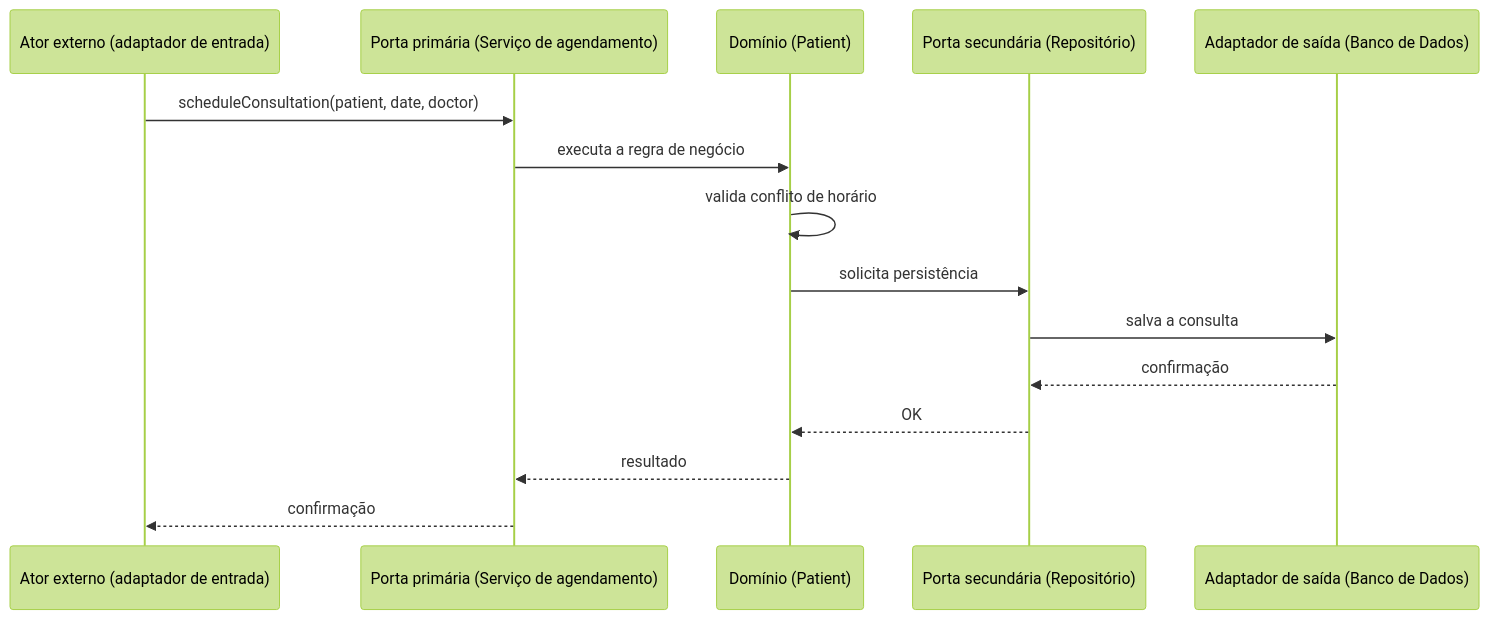
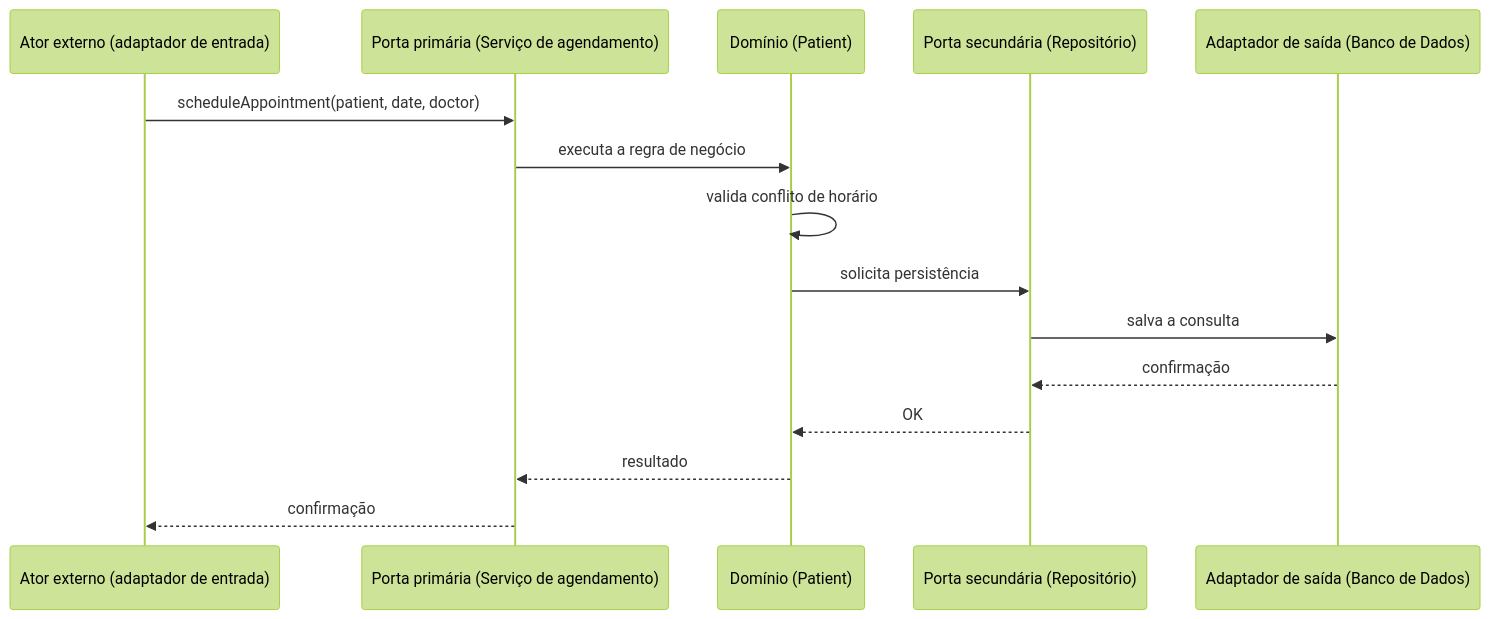
Before and after one commit to burn-c/arquitetura-de-software-fase-2: the second of 3 diagrams in docs/Estratégia e Inovação/Arquitetura de Software/3 - Arquitetura do Domínio/2 - Isolando o Domínio com Arquitetura Hexagonal.md, drawn with Mermaid (forest theme). The commit also changed other lines of this file and 8 other files, not shown here.

````diff
--- a/docs/Estratégia e Inovação/Arquitetura de Software/3 - Arquitetura do Domínio/2 - Isolando o Domínio com Arquitetura Hexagonal.md
+++ b/docs/Estratégia e Inovação/Arquitetura de Software/3 - Arquitetura do Domínio/2 - Isolando o Domínio com Arquitetura Hexagonal.md
@@ -79,18 +79,18 @@
 ```mermaid
 sequenceDiagram
     participant U as Ator externo (adaptador de entrada)
     participant PI as Porta primária (Serviço de agendamento)
     participant D as Domínio (Patient)
     participant PS as Porta secundária (Repositório)
     participant AS as Adaptador de saída (Banco de Dados)
 
-    U->>PI: scheduleConsultation(patient, date, doctor)
+    U->>PI: scheduleAppointment(patient, date, doctor)
     PI->>D: executa a regra de negócio
     D->>D: valida conflito de horário
     D->>PS: solicita persistência
     PS->>AS: salva a consulta
     AS-->>PS: confirmação
     PS-->>D: OK
     D-->>PI: resultado
     PI-->>U: confirmação
 ```
````
